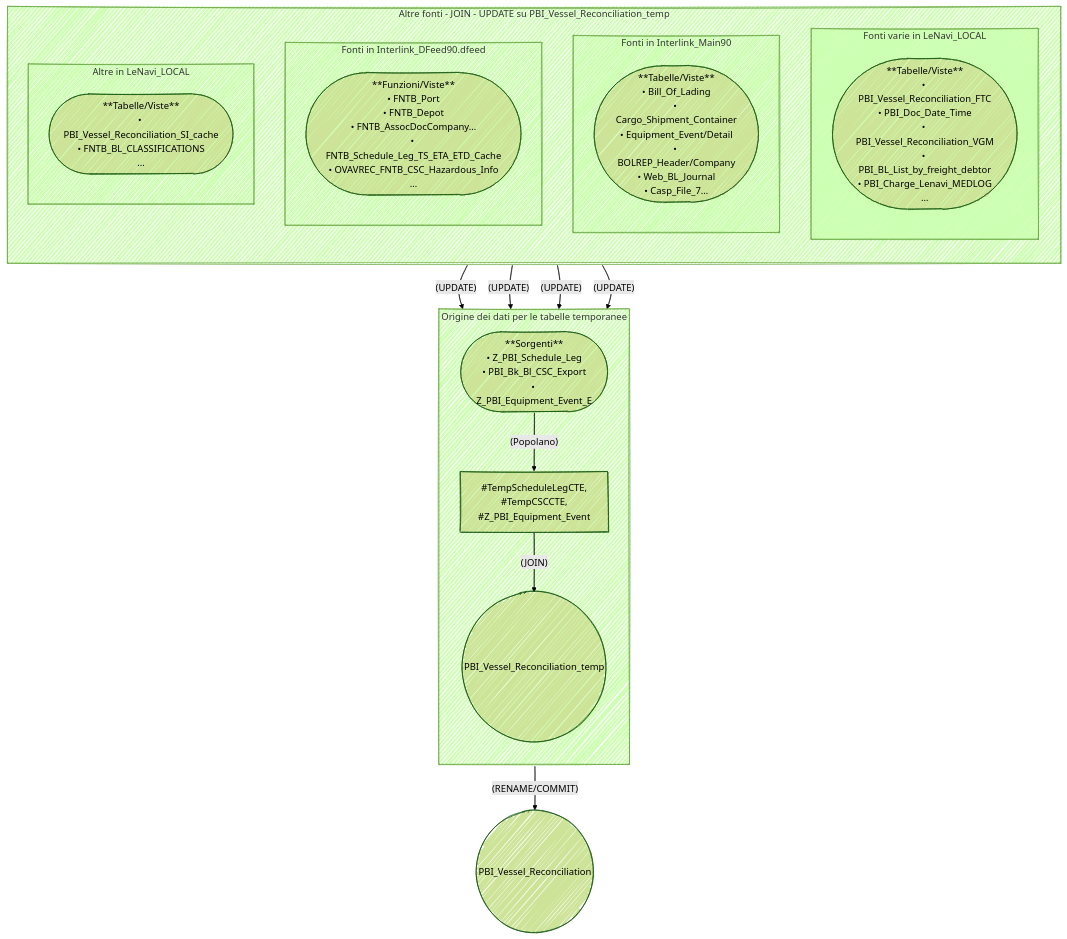
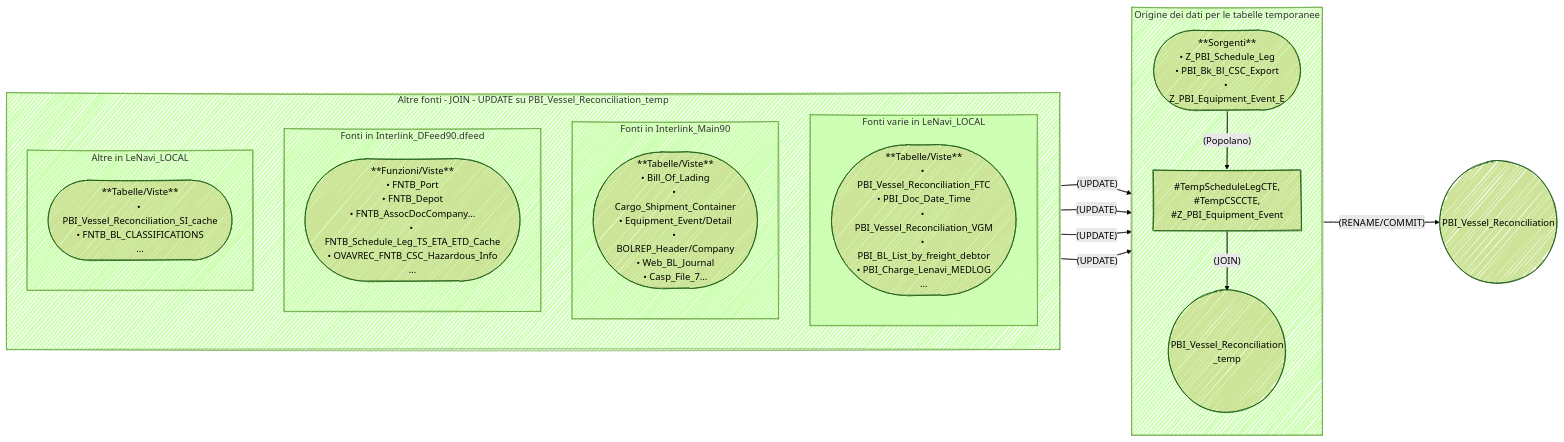
The diagram in DCC_Export_Live/main_flow.MD (grellag/Project_Python), drawn with Mermaid before and after one commit.

````diff
--- a/DCC_Export_Live/main_flow.MD
+++ b/DCC_Export_Live/main_flow.MD
@@ -1,61 +1,61 @@
 ```mermaid
 ---
 config:
   look: handDrawn
   theme: forest
 ---
-flowchart TB
+flowchart LR
 
 %% --------------------------------------------
 %% BLOCCO 1: TABELLE/OGGETTI DI ORIGINE PER #TEMP
 %% --------------------------------------------
 
 subgraph SD[Origine dei dati per le tabelle temporanee]
   direction TB
 
   noteSources([**Sorgenti**<br/>• Z_PBI_Schedule_Leg<br/>• PBI_Bk_Bl_CSC_Export<br/>• Z_PBI_Equipment_Event_E])
   noteSources --(Popolano)--> tempStg[#TempScheduleLegCTE,<br/>#TempCSCCTE,<br/>#Z_PBI_Equipment_Event]
 
-  tempStg --(JOIN)--> VR_temp((PBI_Vessel_Reconciliation_temp))
+  tempStg --(JOIN)--> VR_temp((PBI_Vessel_Reconciliation<br/>_temp))
 end
 
 %% --------------------------------------------
 %% BLOCCO 2: ALTRE FONTI/UPDATE SU VR_temp
 %% --------------------------------------------
 
 subgraph UPD[Altre fonti  - JOIN - UPDATE su PBI_Vessel_Reconciliation_temp]
   direction TB
 
   subgraph LNAV[Fonti varie in LeNavi_LOCAL]
     direction TB
     LNAVList([**Tabelle/Viste**<br/>• PBI_Vessel_Reconciliation_FTC<br/>• PBI_Doc_Date_Time<br/>• PBI_Vessel_Reconciliation_VGM<br/>• PBI_BL_List_by_freight_debtor<br/>• PBI_Charge_Lenavi_MEDLOG<br/>…])
   end
   LNAVList --(UPDATE)--> VR_temp
 
   subgraph M90[Fonti in Interlink_Main90]
     direction TB
     M90List([**Tabelle/Viste**<br/>• Bill_Of_Lading<br/>• Cargo_Shipment_Container<br/>• Equipment_Event/Detail<br/>• BOLREP_Header/Company<br/>• Web_BL_Journal<br/>• Casp_File_7…])
   end
   M90List --(UPDATE)--> VR_temp
 
   subgraph DFD[Fonti in Interlink_DFeed90.dfeed]
     direction TB
     DFDList([**Funzioni/Viste**<br/>• FNTB_Port<br/>• FNTB_Depot<br/>• FNTB_AssocDocCompany…<br/>• FNTB_Schedule_Leg_TS_ETA_ETD_Cache<br/>• OVAVREC_FNTB_CSC_Hazardous_Info<br/>…])
   end
   DFDList --(UPDATE)--> VR_temp
 
   subgraph LNLOC[Altre in LeNavi_LOCAL]
     direction TB
     LNLOCList([**Tabelle/Viste**<br/>• PBI_Vessel_Reconciliation_SI_cache<br/>• FNTB_BL_CLASSIFICATIONS<br/>…])
   end
   LNLOCList --(UPDATE)--> VR_temp
 
 end
 
 %% --------------------------------------------
 %% BLOCCO 3: TABELLA FINALE
 %% --------------------------------------------
 
 VR_temp --(RENAME/COMMIT)--> VR((PBI_Vessel_Reconciliation))
 
 ```
````
